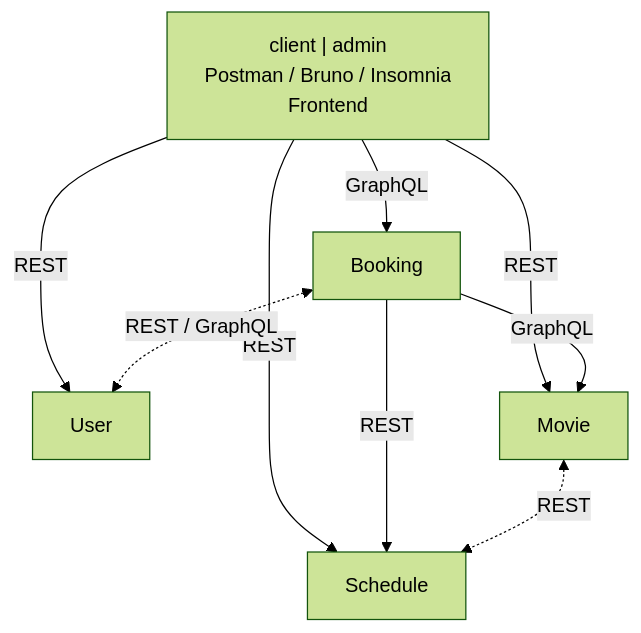
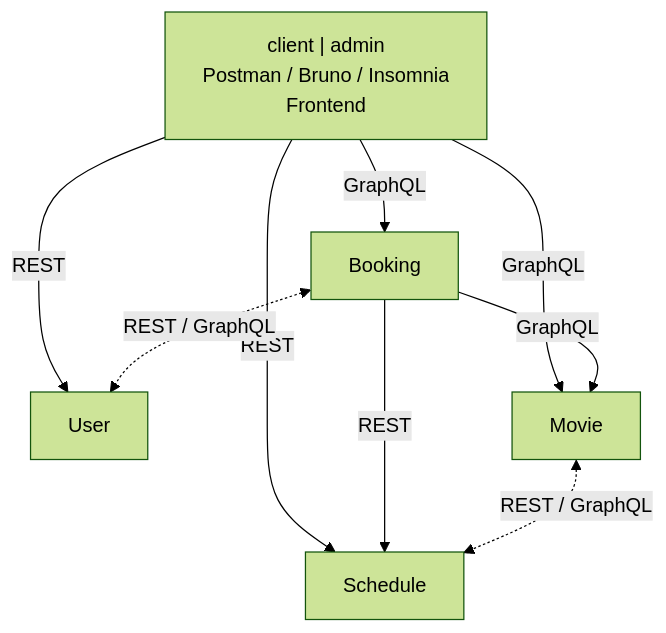
Before and after one commit to lboeglin/UE-AD-A1-REST: the diagram in README.md, drawn with Mermaid (forest theme). The commit also changed other lines of this file and 5 other files, not shown here.

Commit message:
refactor: alignement de movie sur le jwt_utils de booking et migration des appels vers l'API GraphQL de movie

````diff
--- a/README.md
+++ b/README.md
@@ -50,20 +50,20 @@
 ```mermaid
 flowchart TD
     Client["client | admin<br/>Postman / Bruno / Insomnia<br/>Frontend"]
 
     User
     Booking
     Schedule
     Movie
 
     Client -->|REST| User
     Client -->|GraphQL| Booking
     Client -->|REST| Schedule
-    Client -->|REST| Movie
+    Client -->|GraphQL| Movie
 
     Booking -->|GraphQL| Movie
     Booking -->|REST| Schedule
 
     Booking <-.->|REST / GraphQL| User
-    Movie <-.->|REST| Schedule
+    Movie <-.->|REST / GraphQL| Schedule
 ```
````
